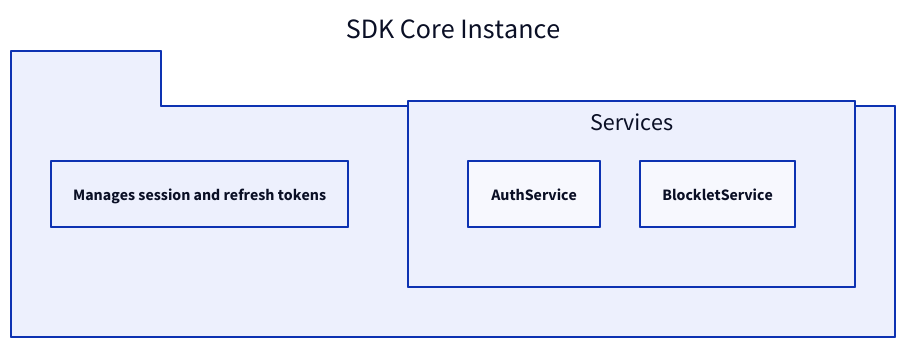
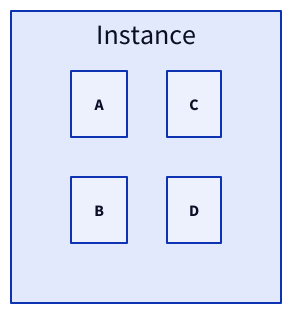
The tenth of 36 diagrams in prompts/document/d2-chart/rules.md (li-yechao/aigne-doc-smith), drawn with D2 before and after one commit. The commit also changed other lines of this file and 9 other files, not shown here.

Commit message:
chore: much better D2 diagram generation (#91)

````diff
--- a/prompts/document/d2-chart/rules.md
+++ b/prompts/document/d2-chart/rules.md
@@ -81,11 +122,9 @@
-      ```d2
-      "SDK Core Instance": {
-        shape: package
-        "TokenService": "Manages session and refresh tokens"
-        "Services": {
-          grid-columns: 2
-          "AuthService": "AuthService"
-          "BlockletService": "BlockletService"
-        }
-      }
-      ```
+  ```d2
+  Instance: {
+    grid-columns: 2
+    A: "A"
+    B: "B"
+    C: "C"
+    D: "D"
+  }
+  ```
````
